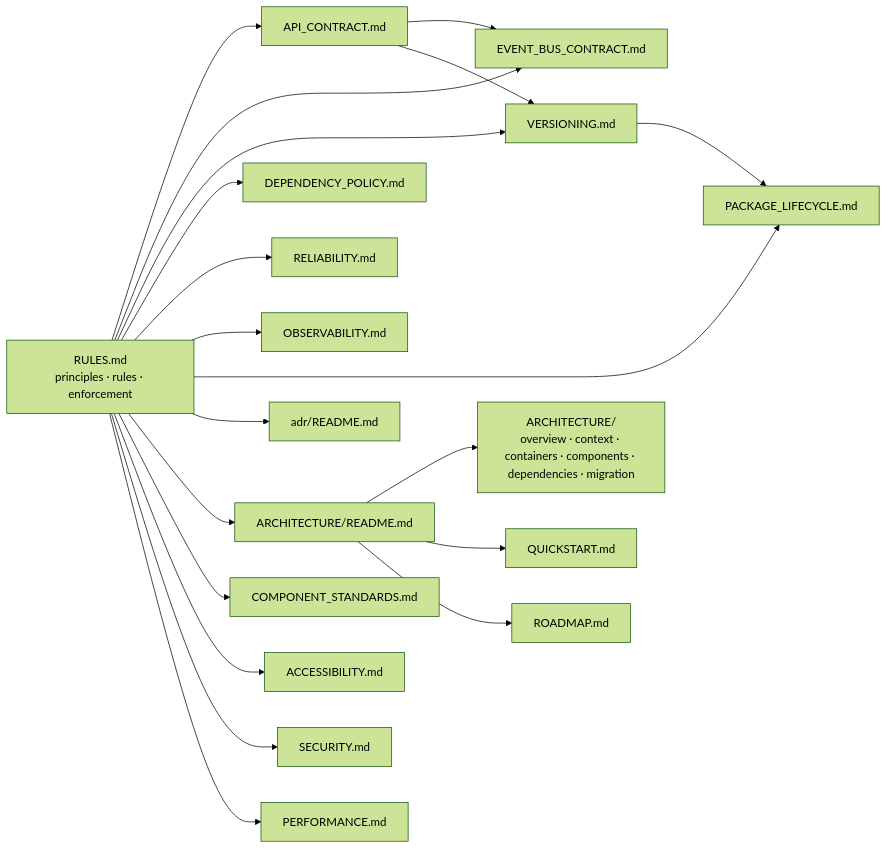
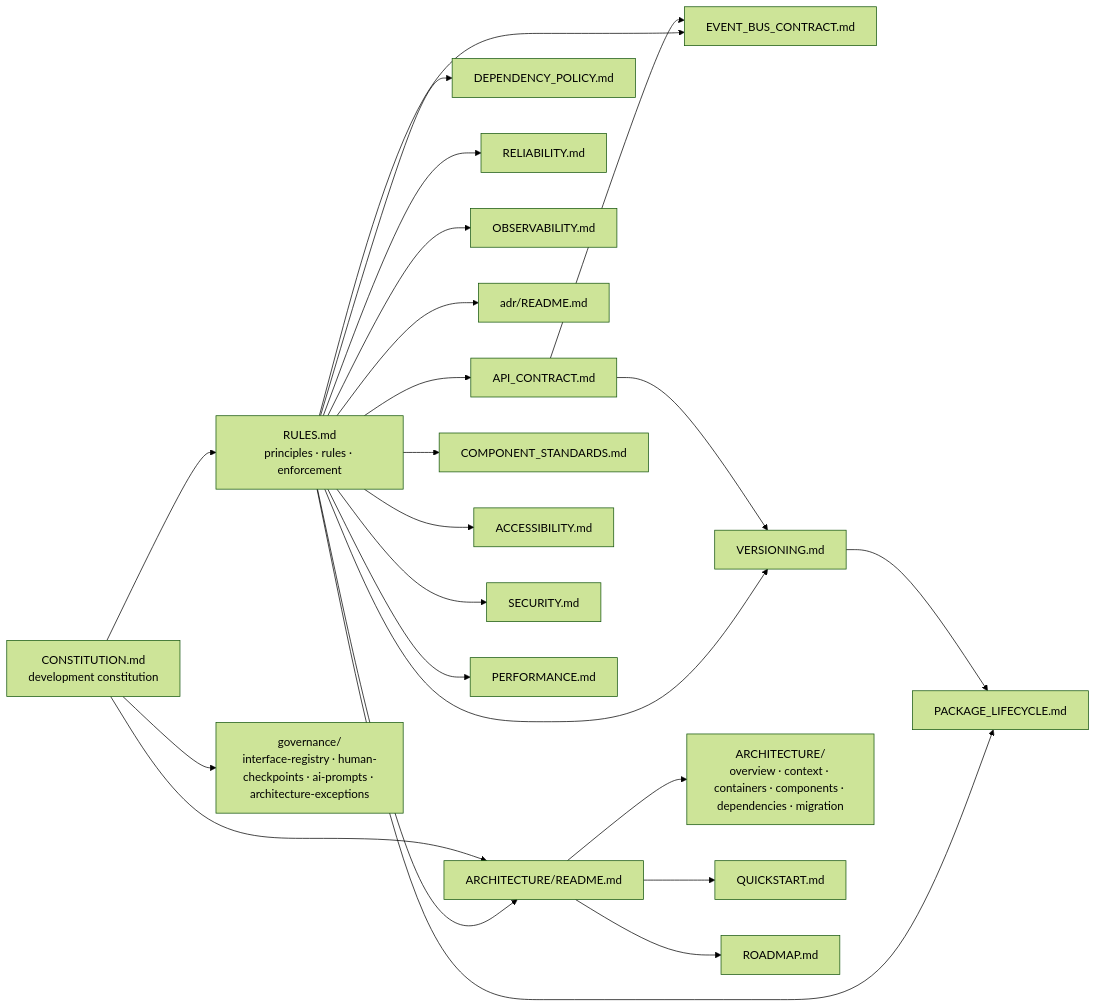
One commit to STEMORG2026/LearningHub changed the diagram in docs/ARCHITECTURE/README.md. Above: the diagram before and after it, drawn with Mermaid (forest theme). The commit also changed other lines of this file and 12 other files, not shown here.

Commit message:
docs: adopt development constitution and governance framework

````diff
--- a/docs/ARCHITECTURE/README.md
+++ b/docs/ARCHITECTURE/README.md
@@ -28,22 +28,25 @@
 ```mermaid
 flowchart LR
   R[RULES.md<br/>principles · rules · enforcement] --> API[API_CONTRACT.md]
   R --> EB[EVENT_BUS_CONTRACT.md]
   R --> VER[VERSIONING.md]
   R --> DEP[DEPENDENCY_POLICY.md]
   R --> REL[RELIABILITY.md]
   R --> OBS[OBSERVABILITY.md]
   R --> PL[PACKAGE_LIFECYCLE.md]
   R --> AR[adr/README.md]
   R --> AD[ARCHITECTURE/README.md]
   R --> CS[COMPONENT_STANDARDS.md]
   R --> ACC[ACCESSIBILITY.md]
   R --> SEC[SECURITY.md]
   R --> PERF[PERFORMANCE.md]
+  C[CONSTITUTION.md<br/>development constitution] --> R
+  C --> GOV[governance/<br/>interface-registry · human-checkpoints · ai-prompts · architecture-exceptions]
+  C --> AD
   AD --> C4[ARCHITECTURE/<br/>overview · context · containers · components · dependencies · migration]
   AD --> QS[QUICKSTART.md]
   AD --> RLM[ROADMAP.md]
   VER --> PL
   API --> EB
   API --> VER
 ```
````
